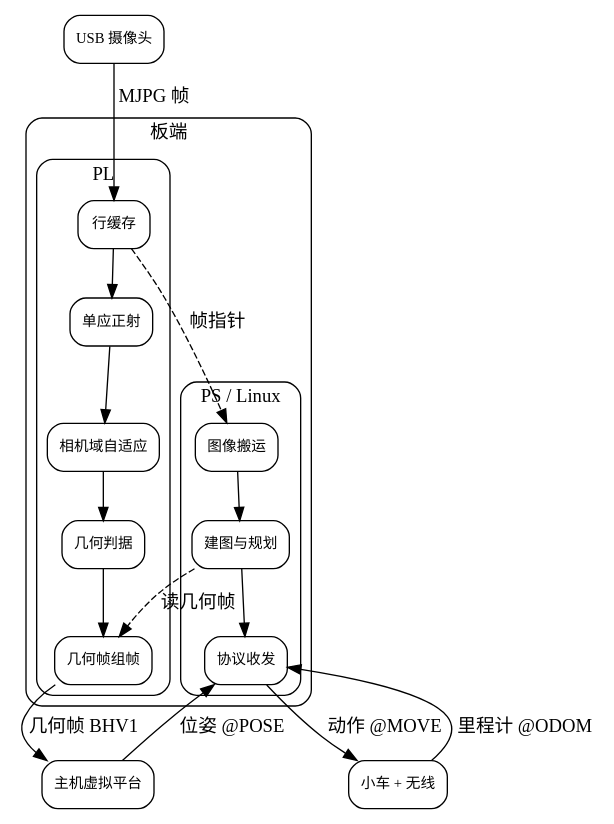
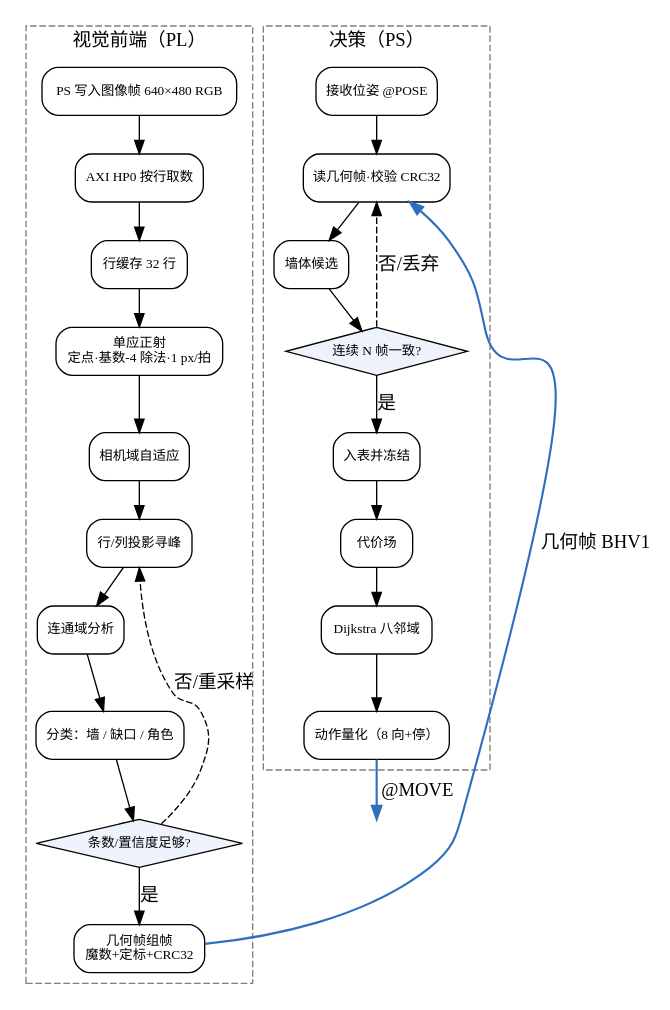
The third of 3 diagrams in 说明书插图_提示词.md (thezhangrx/Dynamic-Forge), drawn with Graphviz before and after one commit. The commit also changed other lines of this file, not shown here.

First line of the commit message:
说明书插图提示词改为 4 张：系统总体框图、板端与小车驱动/编码器原理图、软件分层数据流、视觉前端与决策流程

````diff
--- a/说明书插图_提示词.md
+++ b/说明书插图_提示词.md
@@ -232,15 +254,26 @@
 ```dot
-digraph G {
-  rankdir=TB; node [shape=box, style="rounded", fontname="SimHei", fontsize=11];
-  subgraph cluster_board { label="板端"; style="rounded";
-    subgraph cluster_pl { label="PL"; a1[label="行缓存"]; a2[label="单应正射"]; a3[label="相机域自适应"];
-      a4[label="几何判据"]; a5[label="几何帧组帧"]; a1->a2->a3->a4->a5; }
-    subgraph cluster_ps { label="PS / Linux"; b1[label="图像搬运"]; b2[label="建图与规划"];
-      b3[label="协议收发"]; b1->b2->b3; }
+digraph F {
+  rankdir=TB; nodesep=0.35; ranksep=0.38;
+  node [shape=box, style="rounded", fontname="SimHei", fontsize=10];
+  subgraph cluster_pl { label="视觉前端（PL）"; style=dashed; color=gray;
+    p1[label="PS 写入图像帧 640×480 RGB"]; p2[label="AXI HP0 按行取数"];
+    p3[label="行缓存 32 行"]; p4[label="单应正射\n定点·基数-4 除法·1 px/拍"];
+    p5[label="相机域自适应"]; p6[label="行/列投影寻峰"]; p7[label="连通域分析"];
+    p8[label="分类：墙 / 缺口 / 角色"]; q1[label="条数/置信度足够?", shape=diamond, style=filled, fillcolor="#eef3fb"];
+    p9[label="几何帧组帧\n魔数+定标+CRC32"];
+    p1->p2->p3->p4->p5->p6->p7->p8->q1;
+    q1->p9 [label="是"]; q1->p6 [label="否/重采样", style=dashed];
   }
-  cam[label="USB 摄像头"]; host[label="主机虚拟平台"]; car[label="小车 + 无线"];
-  cam -> a1 [label="MJPG 帧"]; a5 -> host [label="几何帧 BHV1"];
-  host -> b3 [label="位姿 @POSE"]; b3 -> car [label="动作 @MOVE"]; car -> b3 [label="里程计 @ODOM"];
-  a1 -> b1 [style=dashed, label="帧指针"]; b2 -> a5 [style=dashed, label="读几何帧"];
+  subgraph cluster_ps { label="决策（PS）"; style=dashed; color=gray;
+    d1[label="接收位姿 @POSE"]; d2[label="读几何帧·校验 CRC32"]; d3[label="墙体候选"];
+    q2[label="连续 N 帧一致?", shape=diamond, style=filled, fillcolor="#eef3fb"];
+    d4[label="入表并冻结"]; d5[label="代价场"]; d6[label="Dijkstra 八邻域"];
+    d7[label="动作量化（8 向+停）"];
+    d1->d2->d3->q2; q2->d4 [label="是"]; q2->d2 [label="否/丢弃", style=dashed];
+    d4->d5->d6->d7;
+  }
+  p9 -> d2 [label="几何帧 BHV1", color="#2F6FBF", penwidth=1.6, constraint=false];
+  d7 -> MOVE [label="@MOVE", color="#2F6FBF", penwidth=1.6];
+  MOVE [shape=plaintext, label=""];
 }
 ```
````
